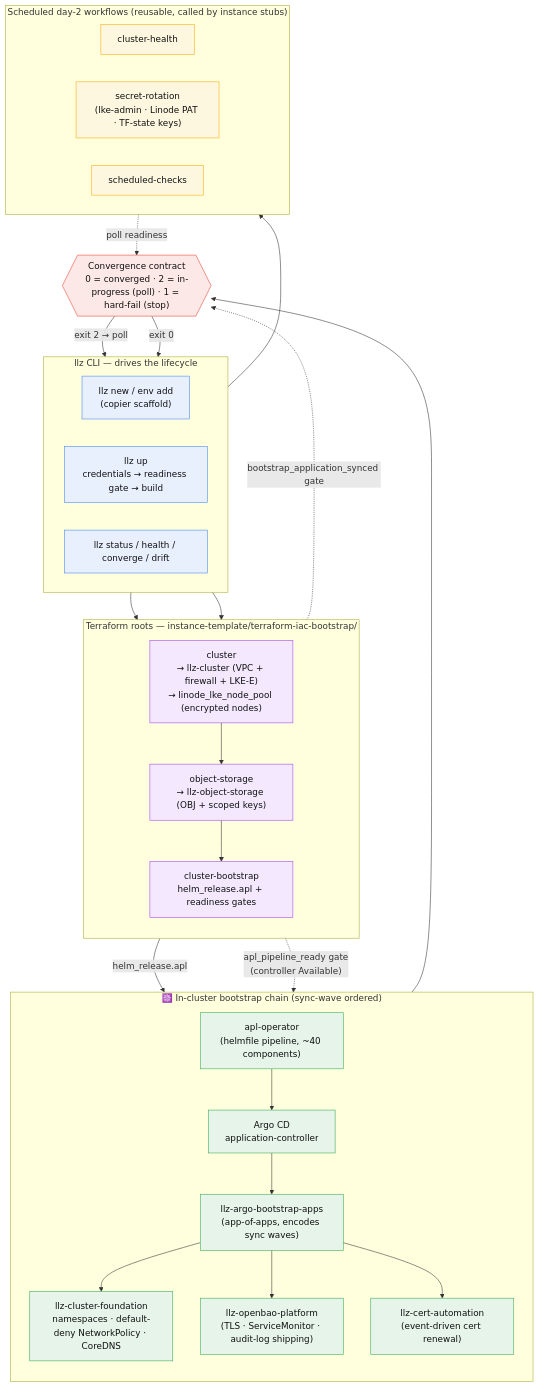
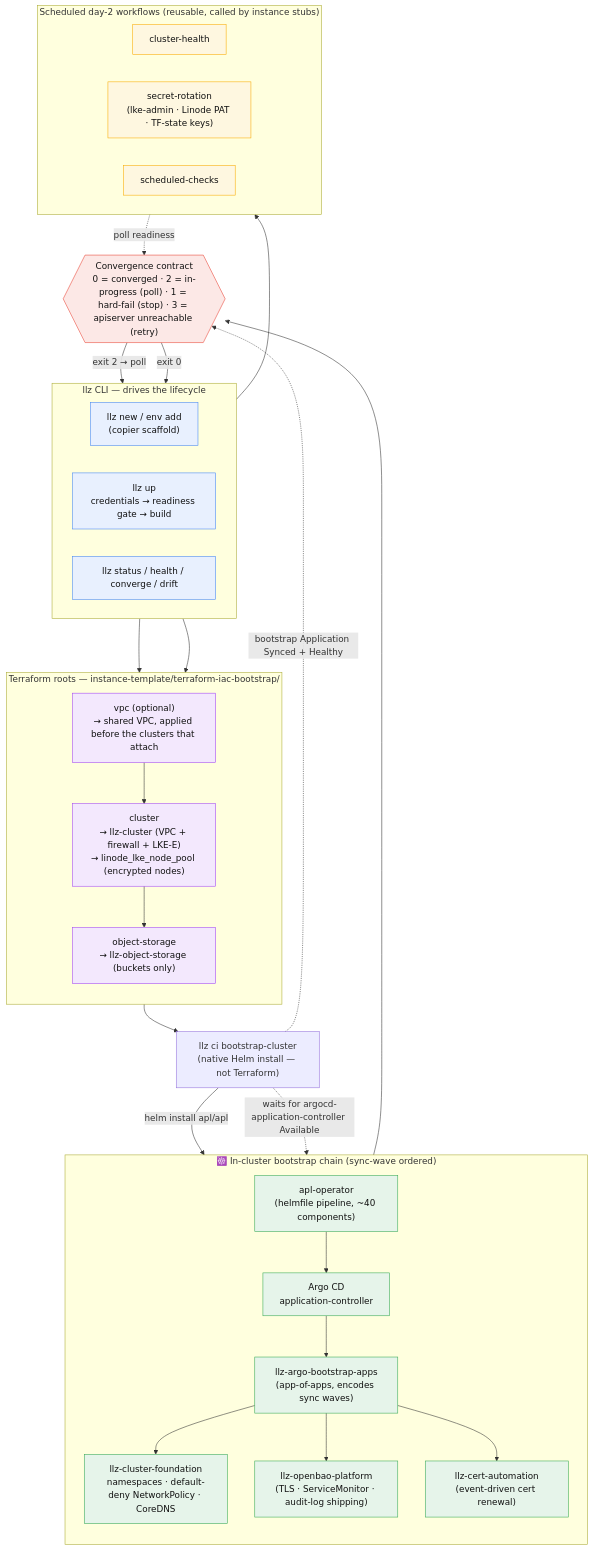
One commit to akamai-consulting/lke-landing-zone changed the second of 2 diagrams in docs/architecture/overview.md. Above: the diagram before and after it, drawn with Mermaid. The commit also changed other lines of this file and 33 other files, not shown here.

````diff
--- a/docs/architecture/overview.md
+++ b/docs/architecture/overview.md
@@ -87,63 +87,64 @@
 ```mermaid
 flowchart TB
     subgraph DRIVE["llz CLI — drives the lifecycle"]
         direction LR
         NEW["llz new / env add<br/>(copier scaffold)"]
         UP["llz up<br/>credentials → readiness gate → build"]
         DAY2["llz status / health / converge / drift"]
     end
 
     subgraph TFROOTS["Terraform roots — instance-template/terraform-iac-bootstrap/"]
         direction TB
+        R0["vpc (optional)<br/>→ shared VPC, applied before the clusters that attach"]
         R1["cluster<br/>→ llz-cluster (VPC + firewall + LKE-E)<br/>→ linode_lke_node_pool (encrypted nodes)"]
-        R2["object-storage<br/>→ llz-object-storage (OBJ + scoped keys)"]
-        R4["cluster-bootstrap<br/>helm_release.apl + readiness gates"]
+        R2["object-storage<br/>→ llz-object-storage (buckets only)"]
     end
 
     subgraph CLUSTER["☸️ In-cluster bootstrap chain (sync-wave ordered)"]
         direction TB
         APL["apl-operator<br/>(helmfile pipeline, ~40 components)"]
         ARGO["Argo CD<br/>application-controller"]
         AOA["llz-argo-bootstrap-apps<br/>(app-of-apps, encodes sync waves)"]
         FOUND["llz-cluster-foundation<br/>namespaces · default-deny NetworkPolicy · CoreDNS"]
         BAO["llz-openbao-platform<br/>(TLS · ServiceMonitor · audit-log shipping)"]
         CERT["llz-cert-automation<br/>(event-driven cert renewal)"]
     end
 
-    GATE{{"Convergence contract<br/>0 = converged · 2 = in-progress (poll) · 1 = hard-fail (stop)"}}
+    GATE{{"Convergence contract<br/>0 = converged · 2 = in-progress (poll) · 1 = hard-fail (stop) · 3 = apiserver unreachable (retry)"}}
+    BOOT["llz ci bootstrap-cluster<br/>(native Helm install — not Terraform)"]
 
     NEW --> R1
-    UP --> R1 --> R2 --> R4
-    R4 -->|"helm_release.apl"| APL
+    UP --> R0 --> R1 --> R2 --> BOOT
+    BOOT -->|"helm install apl/apl"| APL
     APL --> ARGO
-    R4 -.->|"apl_pipeline_ready gate<br/>(controller Available)"| ARGO
+    BOOT -.->|"waits for argocd-application-controller Available"| ARGO
     ARGO --> AOA
     AOA --> FOUND
     AOA --> BAO
     AOA --> CERT
-    R4 -.->|"bootstrap_application_synced gate"| GATE
+    BOOT -.->|"bootstrap Application Synced + Healthy"| GATE
     AOA --> GATE
     GATE -->|"exit 2 → poll"| DAY2
     GATE -->|"exit 0"| DAY2
 
     subgraph SCHED["Scheduled day-2 workflows (reusable, called by instance stubs)"]
         direction LR
         H["cluster-health"]
         ROT["secret-rotation<br/>(lke-admin · Linode PAT · TF-state keys)"]
         CHK["scheduled-checks"]
     end
 
     DAY2 --> SCHED
     SCHED -.->|"poll readiness"| GATE
 
     classDef cli fill:#e8f0fe,stroke:#4285f4,color:#111;
     classDef tf fill:#f3e8fd,stroke:#a142f4,color:#111;
     classDef k8s fill:#e6f4ea,stroke:#34a853,color:#111;
     classDef gate fill:#fce8e6,stroke:#ea4335,color:#111;
     classDef sch fill:#fef7e0,stroke:#f9ab00,color:#111;
     class NEW,UP,DAY2 cli;
-    class R1,R2,R4 tf;
+    class R0,R1,R2 tf;
     class APL,ARGO,AOA,FOUND,BAO,CERT k8s;
     class GATE gate;
     class H,ROT,CHK sch;
 ```
````
